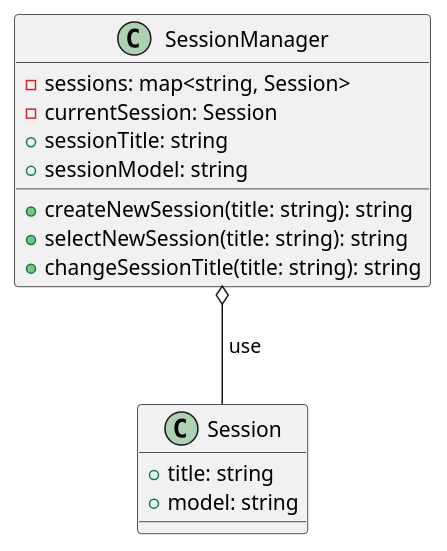
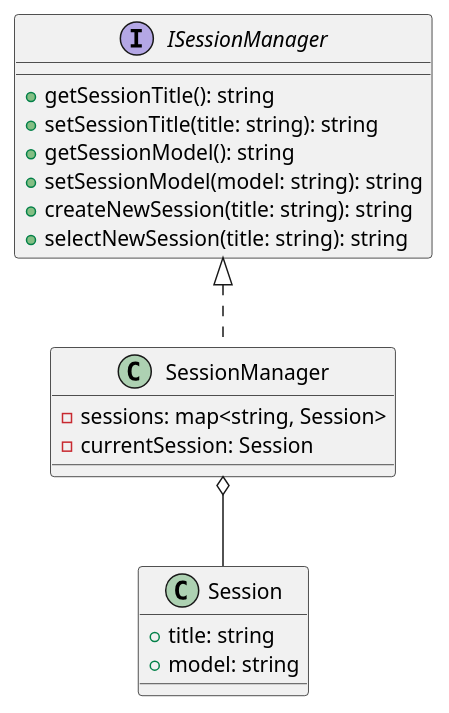
The diagram in docs/diagrams/src/class-diagram.plantuml (Kirya-D/LocalQuery), drawn with PlantUML before and after one commit. The commit also changed 6 other files, not shown here.

```diff
--- a/docs/diagrams/src/class-diagram.plantuml
+++ b/docs/diagrams/src/class-diagram.plantuml
@@ -1,19 +1,25 @@
 @startuml "ModelSessionsDiagram"
+
+interface "ISessionManager" as sessionManagerInterface {
+    +{method} getSessionTitle(): string
+    +{method} setSessionTitle(title: string): string
+    +{method} getSessionModel(): string
+    +{method} setSessionModel(model: string): string
+    +{method} createNewSession(title: string): string
+    +{method} selectNewSession(title: string): string
+}
+
+class "SessionManager" as sessionManagerClass {
+    -{field} sessions: map<string, Session>
+    -{field} currentSession: Session
+}
 
 class "Session" as sessionClass {
     +{field} title: string
     +{field} model: string
 }
-class "SessionManager" as sessionManagerClass {
-    -{field} sessions: map<string, Session>
-    -{field} currentSession: Session
-    +{field} sessionTitle: string
-    +{field} sessionModel: string
-    +{method} createNewSession(title: string): string
-    +{method} selectNewSession(title: string): string
-    +{method} changeSessionTitle(title: string): string
-}
 
-sessionManagerClass o-- sessionClass : " use"
+sessionManagerInterface <|.. sessionManagerClass
+sessionManagerClass o-- sessionClass
 
 @enduml
```
